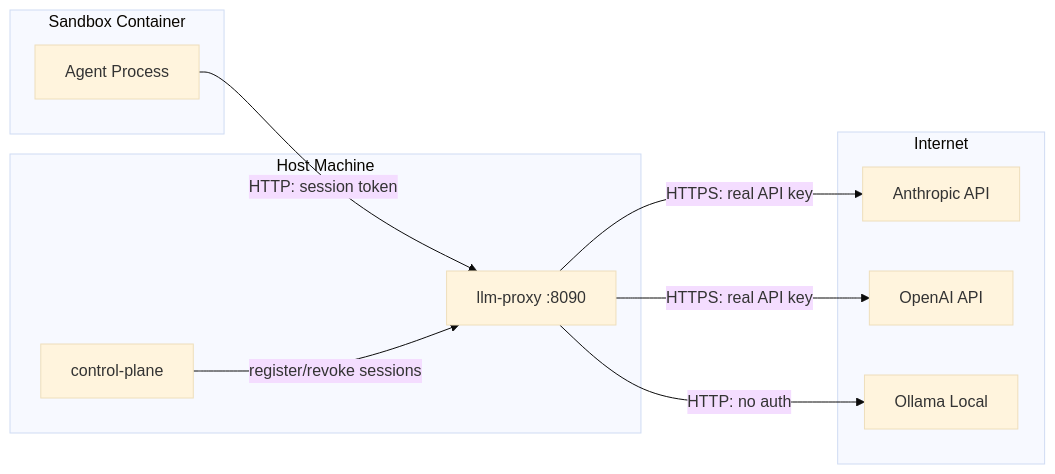
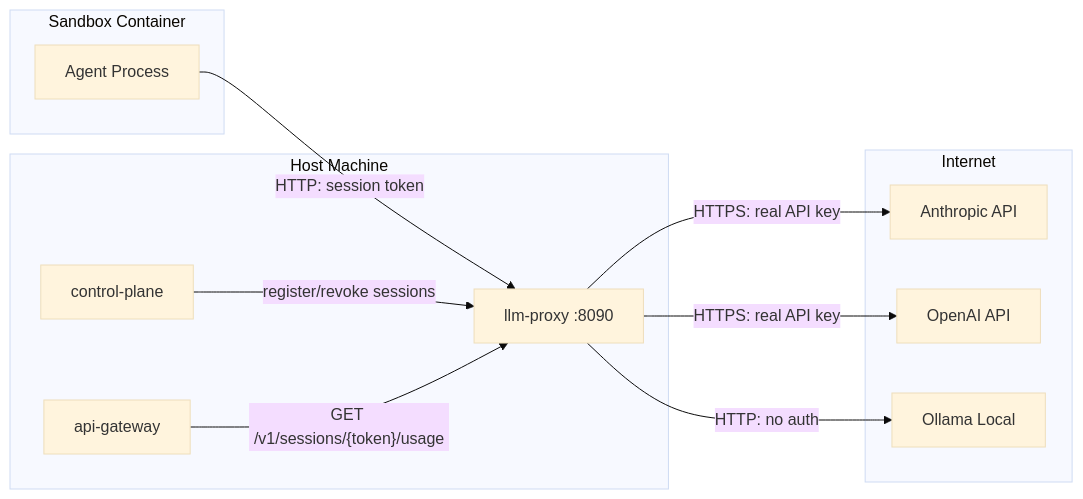
Before and after one commit to Travbz/llm-proxy: the first of 3 diagrams in docs/architecture.md, drawn with Mermaid (base theme). The commit also changed other lines of this file and 7 other files, not shown here.

First line of the commit message:
docs: add token metering to architecture, API reference, and streaming docs

````diff
--- a/docs/architecture.md
+++ b/docs/architecture.md
@@ -7,23 +7,25 @@
 ```mermaid
 flowchart LR
     subgraph sandbox [Sandbox Container]
         Agent[Agent Process]
     end
 
     subgraph host [Host Machine]
         Proxy[llm-proxy :8090]
         CP[control-plane]
+        GW[api-gateway]
     end
 
     subgraph upstream [Internet]
         Anthropic[Anthropic API]
         OpenAI[OpenAI API]
         Ollama[Ollama Local]
     end
 
     Agent -->|"HTTP: session token"| Proxy
     Proxy -->|"HTTPS: real API key"| Anthropic
     Proxy -->|"HTTPS: real API key"| OpenAI
     Proxy -->|"HTTP: no auth"| Ollama
     CP -->|"register/revoke sessions"| Proxy
+    GW -->|"GET /v1/sessions/{token}/usage"| Proxy
 ```
````
